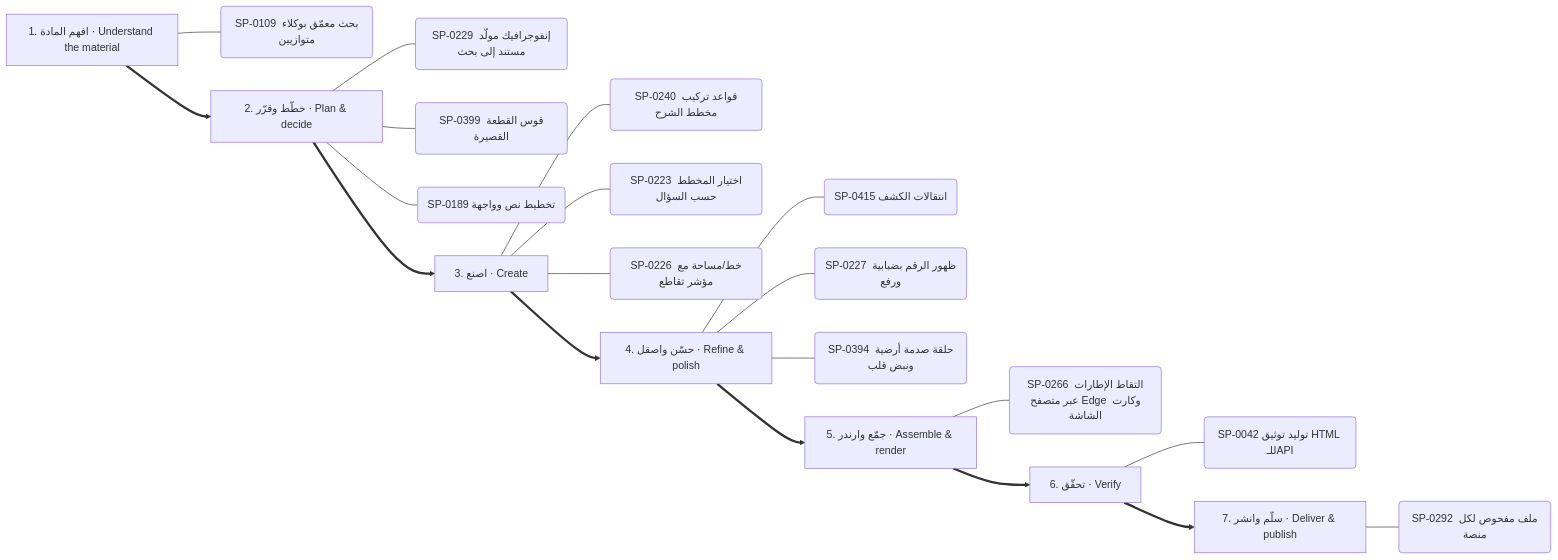
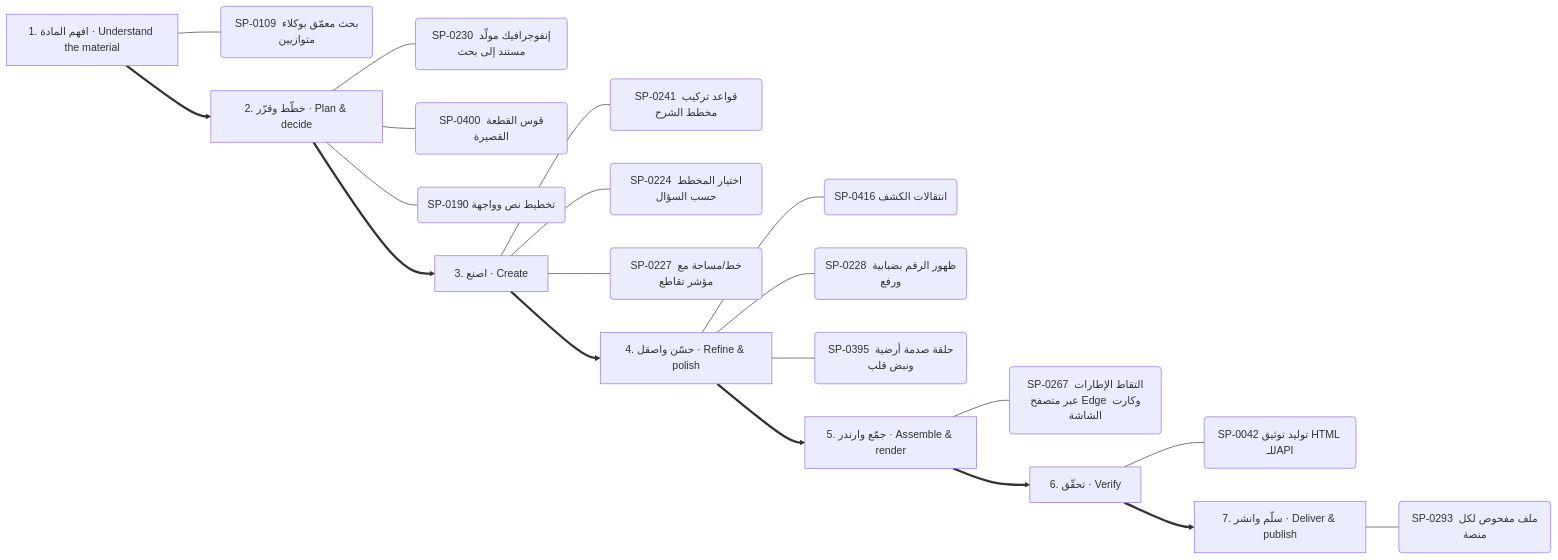
The fifth of 13 diagrams in .claude/skills/kosif-superpowers/references/capability-mindmap.md (kosif199022-jpg/kosif-tool), drawn with Mermaid before and after one commit. The commit also changed other lines of this file and 65 other files, not shown here.

````diff
--- a/.claude/skills/kosif-superpowers/references/capability-mindmap.md
+++ b/.claude/skills/kosif-superpowers/references/capability-mindmap.md
@@ -274,29 +274,29 @@
 ```mermaid
 flowchart LR
   S0["1. افهم المادة · Understand the material"]
   S0 --- S0_0("SP-0109 بحث معمّق بوكلاء متوازيين")
   S1["2. خطّط وقرّر · Plan & decide"]
-  S1 --- S1_0("SP-0229 إنفوجرافيك مولَّد مستند إلى بحث")
-  S1 --- S1_1("SP-0399 قوس القطعة القصيرة")
-  S1 --- S1_2("SP-0189 تخطيط نص وواجهة")
+  S1 --- S1_0("SP-0230 إنفوجرافيك مولَّد مستند إلى بحث")
+  S1 --- S1_1("SP-0400 قوس القطعة القصيرة")
+  S1 --- S1_2("SP-0190 تخطيط نص وواجهة")
   S0 ==> S1
   S2["3. اصنع · Create"]
-  S2 --- S2_0("SP-0240 قواعد تركيب مخطط الشرح")
-  S2 --- S2_1("SP-0223 اختيار المخطط حسب السؤال")
-  S2 --- S2_2("SP-0226 خط/مساحة مع مؤشر تقاطع")
+  S2 --- S2_0("SP-0241 قواعد تركيب مخطط الشرح")
+  S2 --- S2_1("SP-0224 اختيار المخطط حسب السؤال")
+  S2 --- S2_2("SP-0227 خط/مساحة مع مؤشر تقاطع")
   S1 ==> S2
   S3["4. حسّن واصقل · Refine & polish"]
-  S3 --- S3_0("SP-0415 انتقالات الكشف")
-  S3 --- S3_1("SP-0227 ظهور الرقم بضبابية ورفع")
-  S3 --- S3_2("SP-0394 حلقة صدمة أرضية ونبض قلب")
+  S3 --- S3_0("SP-0416 انتقالات الكشف")
+  S3 --- S3_1("SP-0228 ظهور الرقم بضبابية ورفع")
+  S3 --- S3_2("SP-0395 حلقة صدمة أرضية ونبض قلب")
   S2 ==> S3
   S4["5. جمّع وارندر · Assemble & render"]
-  S4 --- S4_0("SP-0266 التقاط الإطارات عبر متصفح Edge وكارت الشاشة")
+  S4 --- S4_0("SP-0267 التقاط الإطارات عبر متصفح Edge وكارت الشاشة")
   S3 ==> S4
   S5["6. تحقّق · Verify"]
   S5 --- S5_0("SP-0042 توليد توثيق HTML للـAPI")
   S4 ==> S5
   S6["7. سلّم وانشر · Deliver & publish"]
-  S6 --- S6_0("SP-0292 ملف مفحوص لكل منصة")
+  S6 --- S6_0("SP-0293 ملف مفحوص لكل منصة")
   S5 ==> S6
 ```
````
